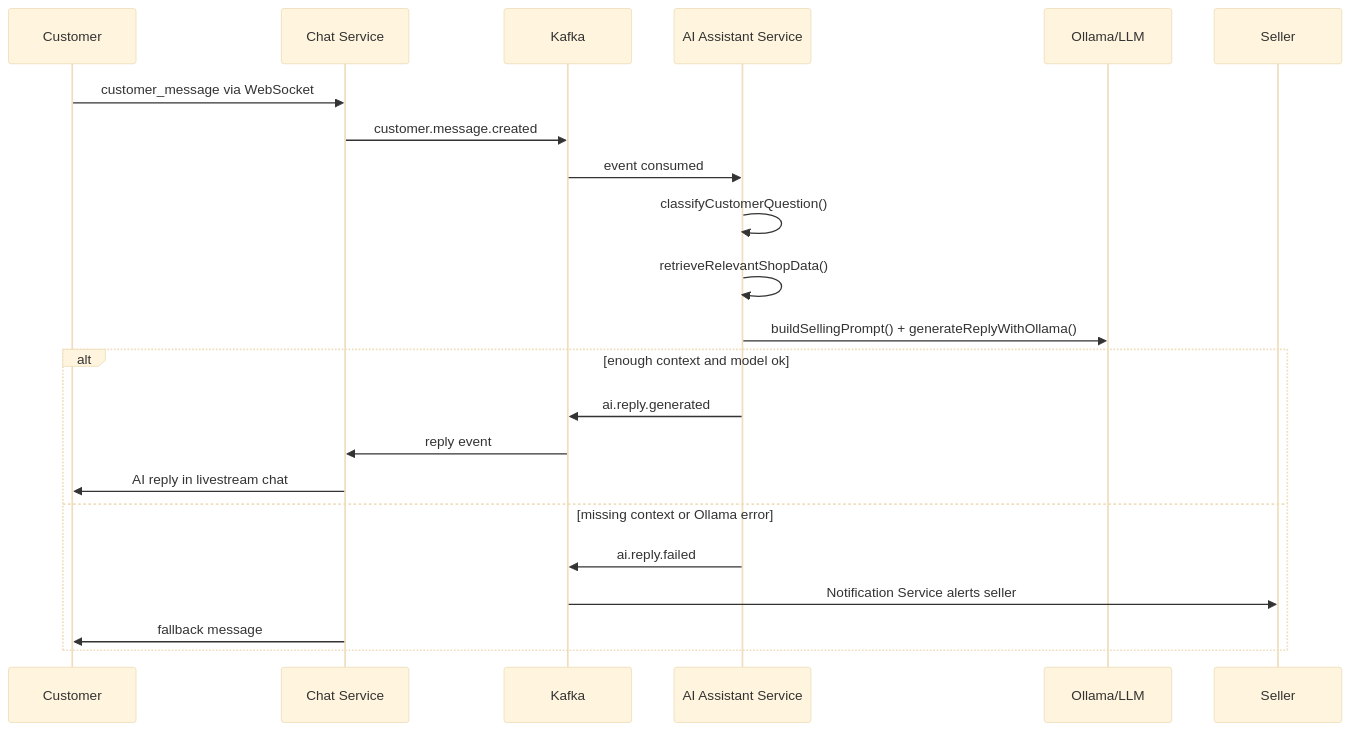
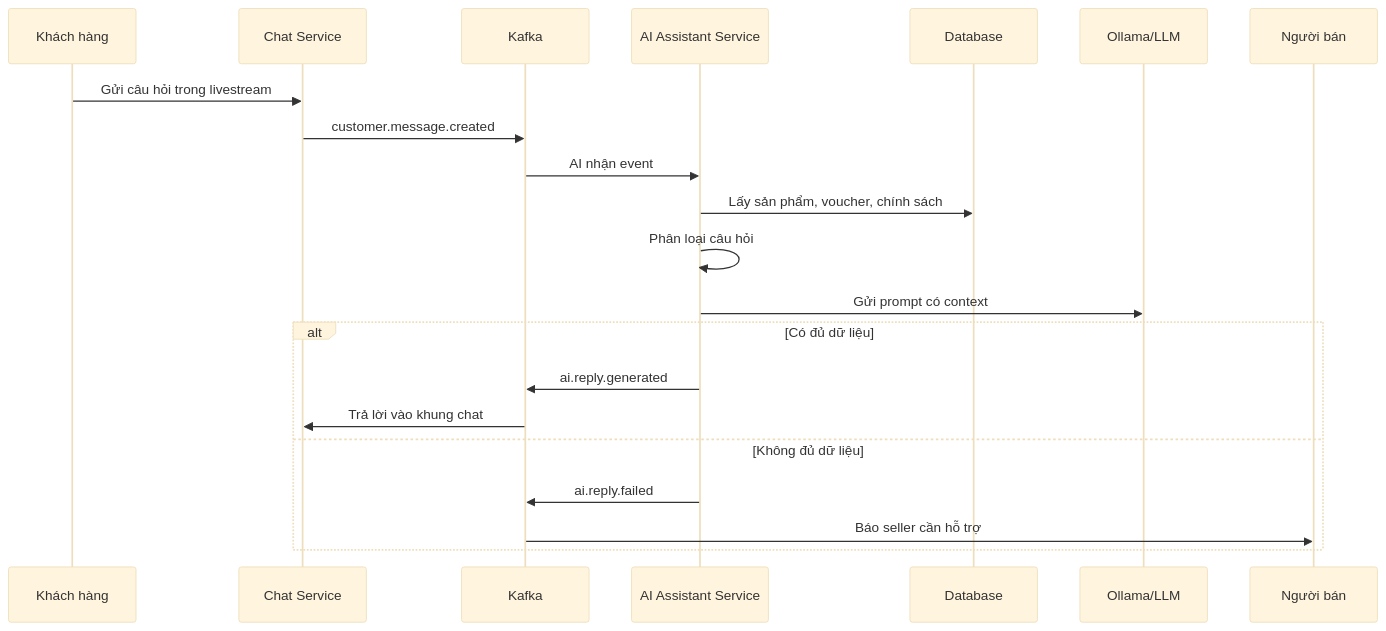
The second of 2 diagrams in README.md (23630761-htnghia/Service-Oriented-Architecture-and-Cloud-Computing), drawn with Mermaid (base theme) before and after one commit. The commit also changed other lines of this file and 27 other files, not shown here.

````diff
--- a/README.md
+++ b/README.md
@@ -56,25 +124,24 @@
 ```mermaid
 sequenceDiagram
-  participant C as Customer
+  participant Customer as Khách hàng
   participant Chat as Chat Service
   participant Kafka as Kafka
   participant AI as AI Assistant Service
+  participant DB as Database
   participant LLM as Ollama/LLM
-  participant Seller as Seller
+  participant Seller as Người bán
 
-  C->>Chat: customer_message via WebSocket
+  Customer->>Chat: Gửi câu hỏi trong livestream
   Chat->>Kafka: customer.message.created
-  Kafka->>AI: event consumed
-  AI->>AI: classifyCustomerQuestion()
-  AI->>AI: retrieveRelevantShopData()
-  AI->>LLM: buildSellingPrompt() + generateReplyWithOllama()
-  alt enough context and model ok
+  Kafka->>AI: AI nhận event
+  AI->>DB: Lấy sản phẩm, voucher, chính sách
+  AI->>AI: Phân loại câu hỏi
+  AI->>LLM: Gửi prompt có context
+  alt Có đủ dữ liệu
     AI->>Kafka: ai.reply.generated
-    Kafka->>Chat: reply event
-    Chat->>C: AI reply in livestream chat
-  else missing context or Ollama error
+    Kafka->>Chat: Trả lời vào khung chat
+  else Không đủ dữ liệu
     AI->>Kafka: ai.reply.failed
-    Kafka->>Seller: Notification Service alerts seller
-    Chat->>C: fallback message
+    Kafka->>Seller: Báo seller cần hỗ trợ
   end
 ```
````
